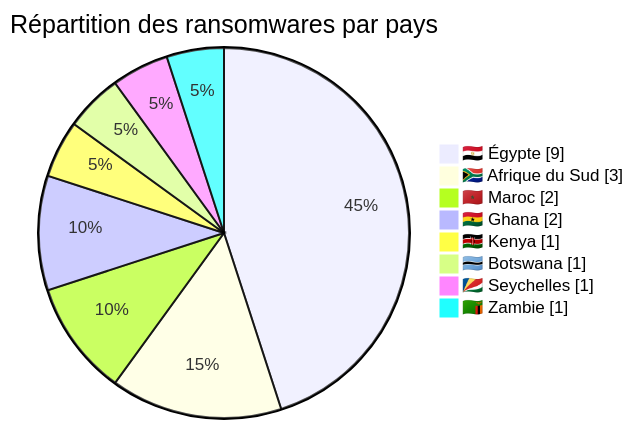
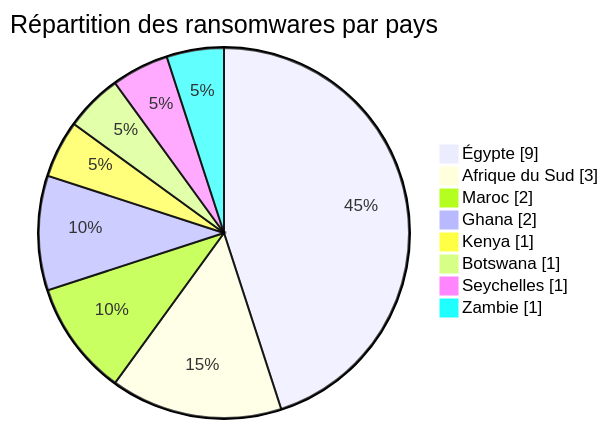
Before and after one commit to Hatchepsoute/AFRINTEL: the second of 5 diagrams in CyberAttackAfrica/2026/04-april/README_FR.md, drawn with Mermaid. The commit also changed other lines of this file and 11 other files, not shown here.

First line of the commit message:
fix: remove all emojis from Mermaid labels in Jan-Jun 2026 reports

````diff
--- a/CyberAttackAfrica/2026/04-april/README_FR.md
+++ b/CyberAttackAfrica/2026/04-april/README_FR.md
@@ -169,12 +169,12 @@
 ```mermaid
 pie showData
-    title Répartition des ransomwares par pays
-    "🇪🇬 Égypte" : 9
-    "🇿🇦 Afrique du Sud" : 3
-    "🇲🇦 Maroc" : 2
-    "🇬🇭 Ghana" : 2
-    "🇰🇪 Kenya" : 1
-    "🇧🇼 Botswana" : 1
-    "🇸🇨 Seychelles" : 1
-    "🇿🇲 Zambie" : 1
+ title Répartition des ransomwares par pays
+ "Égypte" : 9
+ "Afrique du Sud" : 3
+ "Maroc" : 2
+ "Ghana" : 2
+ "Kenya" : 1
+ "Botswana" : 1
+ "Seychelles" : 1
+ "Zambie" : 1
 ```
````
